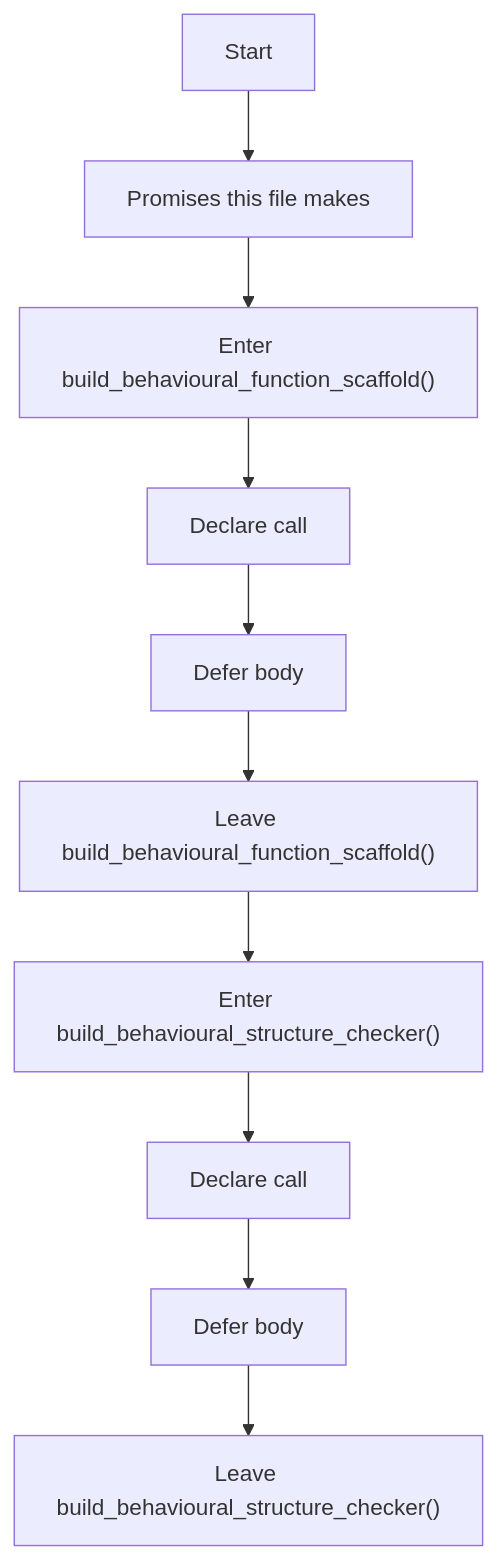
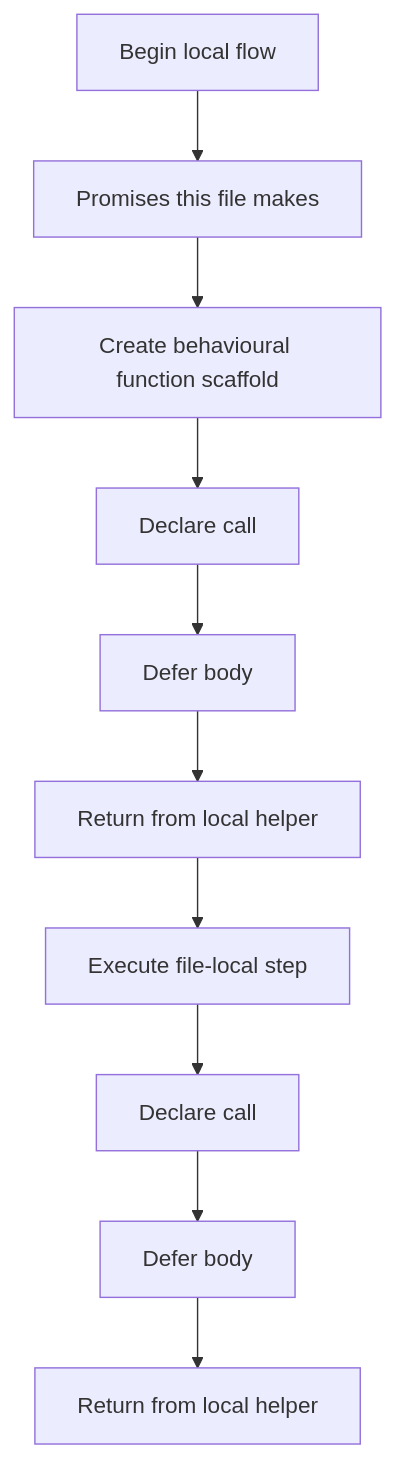
One commit to JohnAndrewBalbarosa/NeoTerritory changed the first of 4 diagrams in docs/Codebase/Microservice/Modules/Header/SyntacticBrokenAST/Analysis/Patterns/Behavioural/Scaffold/core.hpp.md. Above: the diagram before and after it, drawn with Mermaid. The commit also changed other lines of this file and 915 other files, not shown here.

````diff
--- a/docs/Codebase/Microservice/Modules/Header/SyntacticBrokenAST/Analysis/Patterns/Behavioural/Scaffold/core.hpp.md
+++ b/docs/Codebase/Microservice/Modules/Header/SyntacticBrokenAST/Analysis/Patterns/Behavioural/Scaffold/core.hpp.md
@@ -30,22 +29,22 @@
 ```mermaid
 flowchart TD
-    N0["Start"]
+    N0["Begin local flow"]
     N1["Promises this file makes"]
-    N2["Enter build_behavioural_function_scaffold()"]
+    N2["Create behavioural function scaffold"]
     N3["Declare call"]
     N4["Defer body"]
-    N5["Leave build_behavioural_function_scaffold()"]
-    N6["Enter build_behavioural_structure_checker()"]
+    N5["Return from local helper"]
+    N6["Execute file-local step"]
     N7["Declare call"]
     N8["Defer body"]
-    N9["Leave build_behavioural_structure_checker()"]
+    N9["Return from local helper"]
     N0 --> N1
     N1 --> N2
     N2 --> N3
     N3 --> N4
     N4 --> N5
     N5 --> N6
     N6 --> N7
     N7 --> N8
     N8 --> N9
 ```
````
